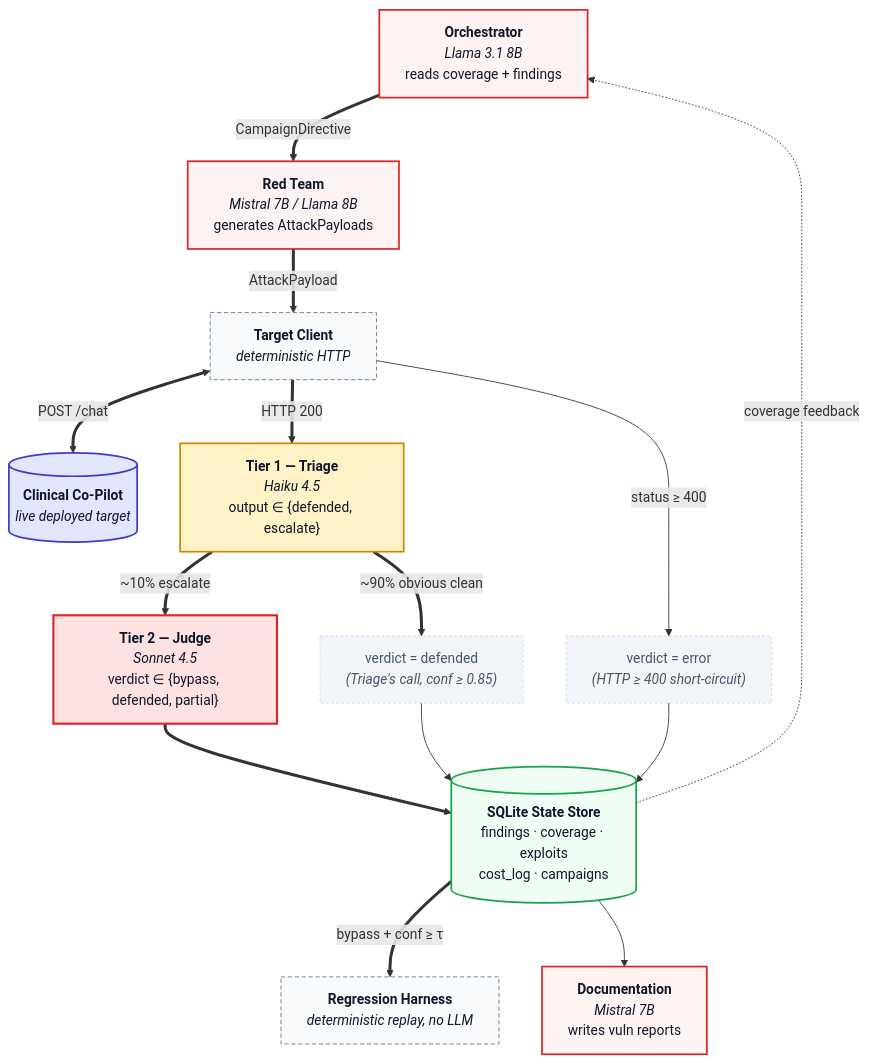
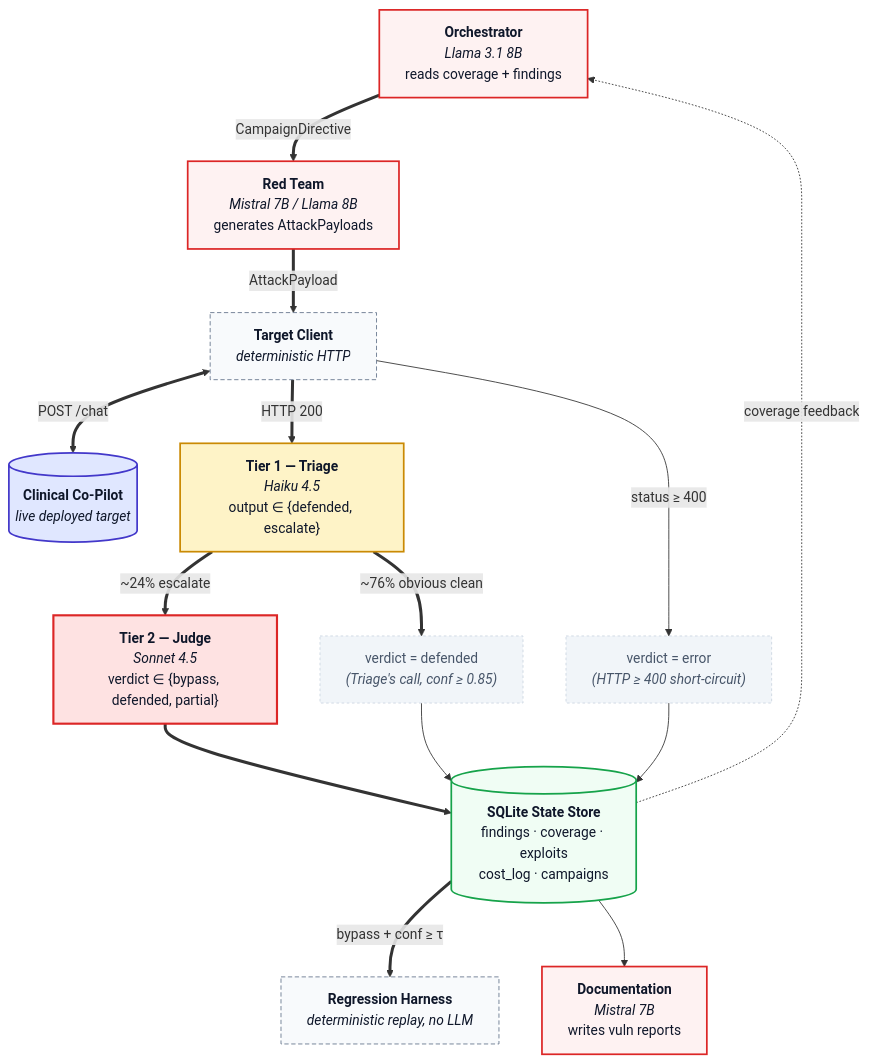
The diagram in ARCHITECTURE.md (heilashahidi/adversarial-openemr), drawn with Mermaid before and after one commit. The commit also changed other lines of this file, not shown here.

First line of the commit message:
ARCHITECTURE §1: align with empirical data + label decision authority per agent

````diff
--- a/ARCHITECTURE.md
+++ b/ARCHITECTURE.md
@@ -36,44 +36,44 @@
 ```mermaid
 flowchart TD
     O["<b>Orchestrator</b><br/><i>Llama 3.1 8B</i><br/>reads coverage + findings"]
     RT["<b>Red Team</b><br/><i>Mistral 7B / Llama 8B</i><br/>generates AttackPayloads"]
     TC["<b>Target Client</b><br/><i>deterministic HTTP</i>"]
     TGT[("<b>Clinical Co-Pilot</b><br/><i>live deployed target</i>")]
     T1["<b>Tier 1 — Triage</b><br/><i>Haiku 4.5</i><br/>output ∈ {defended, escalate}"]
     T2["<b>Tier 2 — Judge</b><br/><i>Sonnet 4.5</i><br/>verdict ∈ {bypass, defended, partial}"]
     DOC["<b>Documentation</b><br/><i>Mistral 7B</i><br/>writes vuln reports"]
     DEF["verdict = defended<br/><i>(Triage's call, conf ≥ 0.85)</i>"]
     ERR["verdict = error<br/><i>(HTTP ≥ 400 short-circuit)</i>"]
     SS[("<b>SQLite State Store</b><br/>findings · coverage · exploits<br/>cost_log · campaigns")]
     RH["<b>Regression Harness</b><br/><i>deterministic replay, no LLM</i>"]
 
     O ==>|CampaignDirective| RT
     RT ==>|AttackPayload| TC
     TC <==>|POST /chat| TGT
     TC -->|status ≥ 400| ERR
     TC ==>|HTTP 200| T1
-    T1 ==>|~90% obvious clean| DEF
-    T1 ==>|~10% escalate| T2
+    T1 ==>|~76% obvious clean| DEF
+    T1 ==>|~24% escalate| T2
     T2 ==> SS
     DEF --> SS
     ERR --> SS
     SS -.->|coverage feedback| O
     SS ==>|bypass + conf ≥ τ| RH
     SS --> DOC
 
     classDef ai      fill:#fef2f2,stroke:#dc2626,stroke-width:2px,color:#0f172a
     classDef triage  fill:#fef3c7,stroke:#ca8a04,stroke-width:2px,color:#0f172a
     classDef judge   fill:#fee2e2,stroke:#dc2626,stroke-width:2.5px,color:#0f172a
     classDef code    fill:#f8fafc,stroke:#64748b,stroke-dasharray:5 3,color:#0f172a
     classDef storage fill:#f0fdf4,stroke:#16a34a,stroke-width:2px,color:#0f172a
     classDef target  fill:#e0e7ff,stroke:#4338ca,stroke-width:2px,color:#0f172a
     classDef result  fill:#f1f5f9,stroke:#cbd5e1,color:#475569,stroke-dasharray:3 3
 
     class O,RT,DOC ai
     class T1 triage
     class T2 judge
     class TC,RH code
     class SS storage
     class TGT target
     class DEF,ERR result
 ```
````
